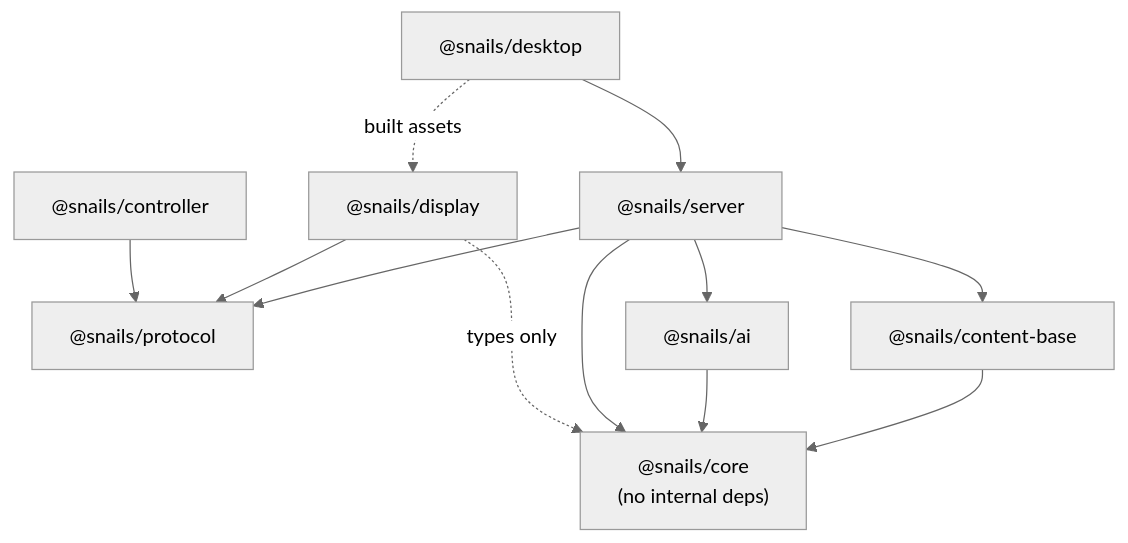
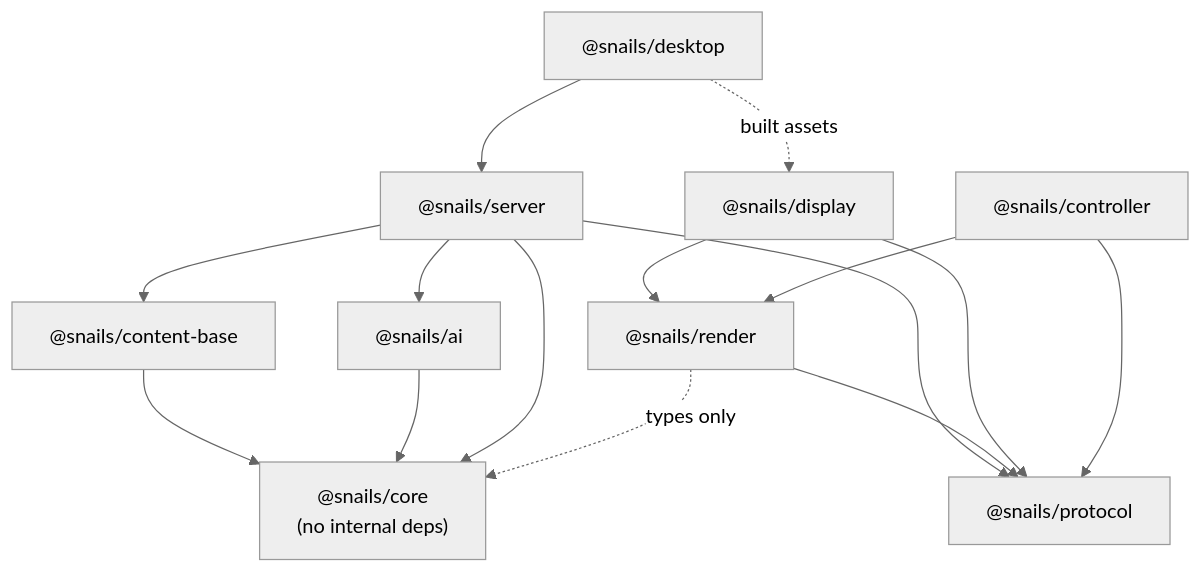
The first of 3 diagrams in docs/architecture.md (mpenn114/snails), drawn with Mermaid (neutral theme) before and after one commit. The commit also changed other lines of this file and 55 other files, not shown here.

````diff
--- a/docs/architecture.md
+++ b/docs/architecture.md
@@ -18,22 +19,26 @@
 ```mermaid
 graph TD
   core["@snails/core<br/>(no internal deps)"]
   protocol["@snails/protocol"]
   content["@snails/content-base"]
   ai["@snails/ai"]
   server["@snails/server"]
   display["@snails/display"]
   controller["@snails/controller"]
+  render["@snails/render"]
   desktop["@snails/desktop"]
   content --> core
   ai --> core
   server --> core
   server --> protocol
   server --> content
   server --> ai
+  render --> protocol
+  render -. types only .-> core
+  display --> render
   display --> protocol
-  display -. types only .-> core
+  controller --> render
   controller --> protocol
   desktop --> server
   desktop -. built assets .-> display
 ```
````
